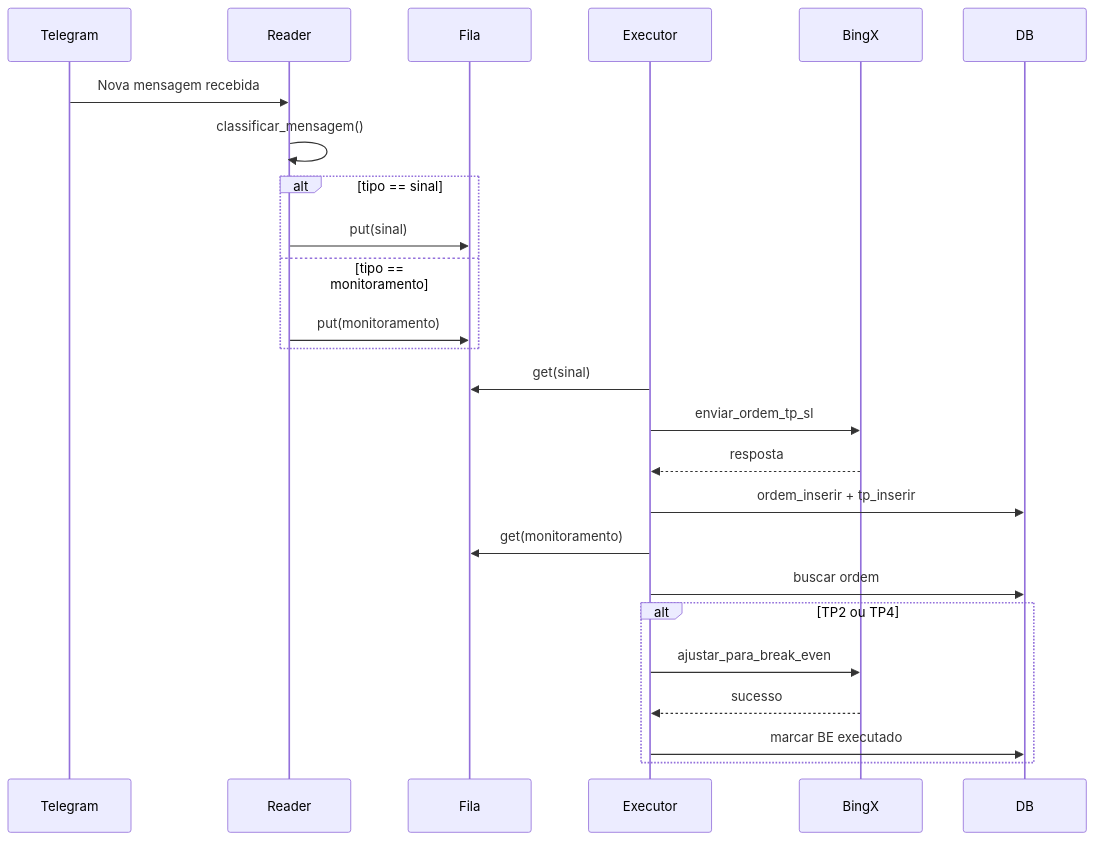
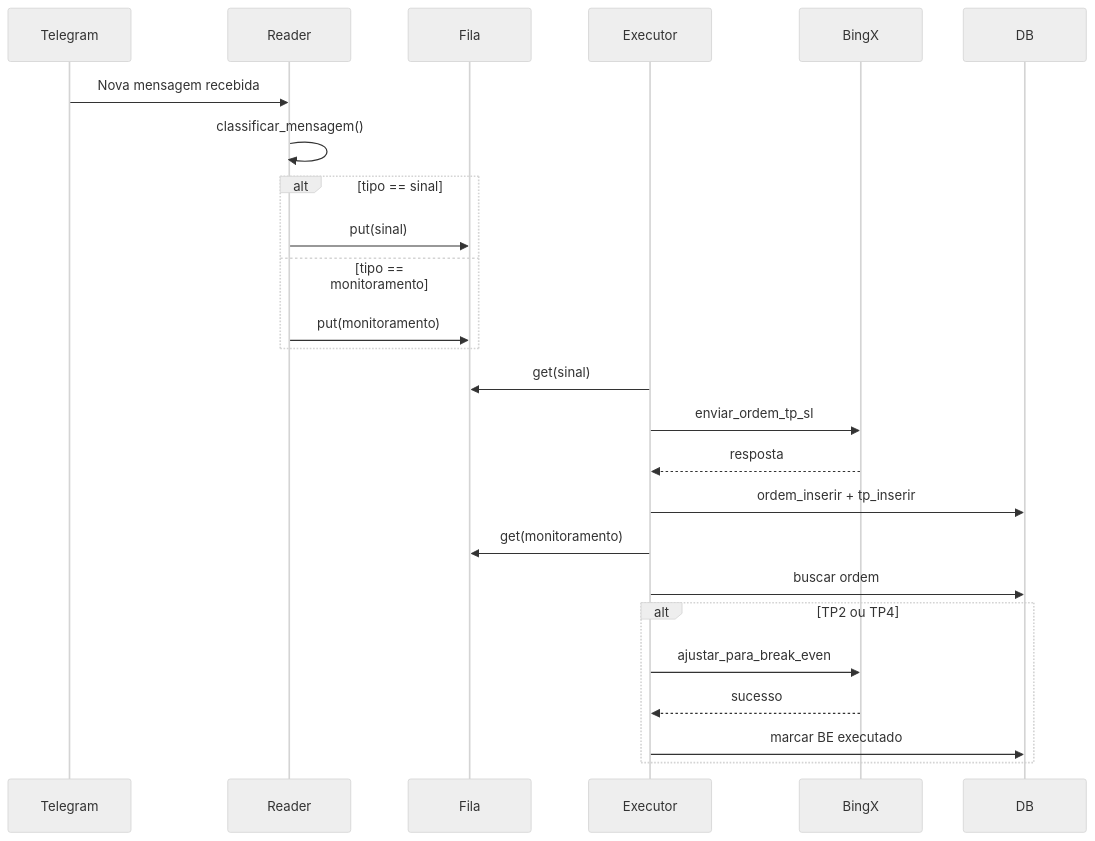
The diagram in README.md (danielfcastro/TelegramReader), drawn with Mermaid before and after one commit. The commit also changed other lines of this file, not shown here.

````diff
--- a/README.md
+++ b/README.md
@@ -149,30 +270,31 @@
 ```mermaid
+%%{ init : { "theme" : "neutral" } }%%
 sequenceDiagram
     participant Telegram
     participant Reader
     participant Fila
     participant Executor
     participant BingX
     participant DB
 
     Telegram->>Reader: Nova mensagem recebida
     Reader->>Reader: classificar_mensagem()
     alt tipo == sinal
         Reader->>Fila: put(sinal)
     else tipo == monitoramento
         Reader->>Fila: put(monitoramento)
     end
 
     Executor->>Fila: get(sinal)
     Executor->>BingX: enviar_ordem_tp_sl
     BingX-->>Executor: resposta
     Executor->>DB: ordem_inserir + tp_inserir
 
     Executor->>Fila: get(monitoramento)
     Executor->>DB: buscar ordem
     alt TP2 ou TP4
         Executor->>BingX: ajustar_para_break_even
         BingX-->>Executor: sucesso
         Executor->>DB: marcar BE executado
     end
 ```
````
